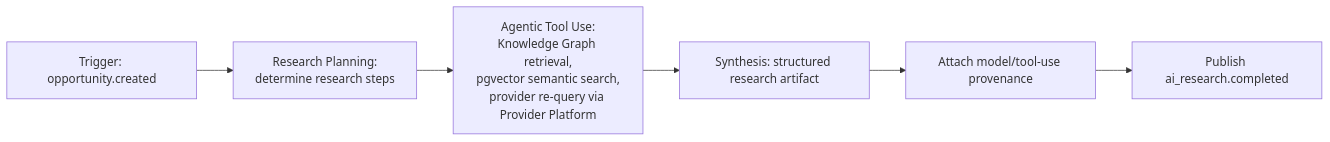
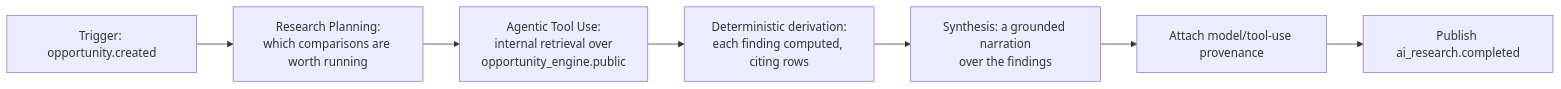
The second of 3 diagrams in docs/architecture/14-ai-architecture.md (GaneshDabhade/Fortune_Signora), drawn with Mermaid before and after one commit. The commit also changed other lines of this file and 7 other files, not shown here.

````diff
--- a/docs/architecture/14-ai-architecture.md
+++ b/docs/architecture/14-ai-architecture.md
@@ -77,8 +99,9 @@
 ```mermaid
 flowchart LR
-    In[Trigger: opportunity.created] --> Plan[Research Planning:<br/>determine research steps]
-    Plan --> Tools[Agentic Tool Use:<br/>Knowledge Graph retrieval,<br/>pgvector semantic search,<br/>provider re-query via Provider Platform]
-    Tools --> Synthesize[Synthesis: structured research artifact]
+    In[Trigger: opportunity.created] --> Plan[Research Planning:<br/>which comparisons are worth running]
+    Plan --> Tools[Agentic Tool Use:<br/>internal retrieval over<br/>opportunity_engine.public]
+    Tools --> Derive[Deterministic derivation:<br/>each finding computed, citing rows]
+    Derive --> Synthesize[Synthesis: a grounded narration<br/>over the findings]
     Synthesize --> Provenance[Attach model/tool-use provenance]
     Provenance --> Publish["Publish ai_research.completed"]
 ```
````
